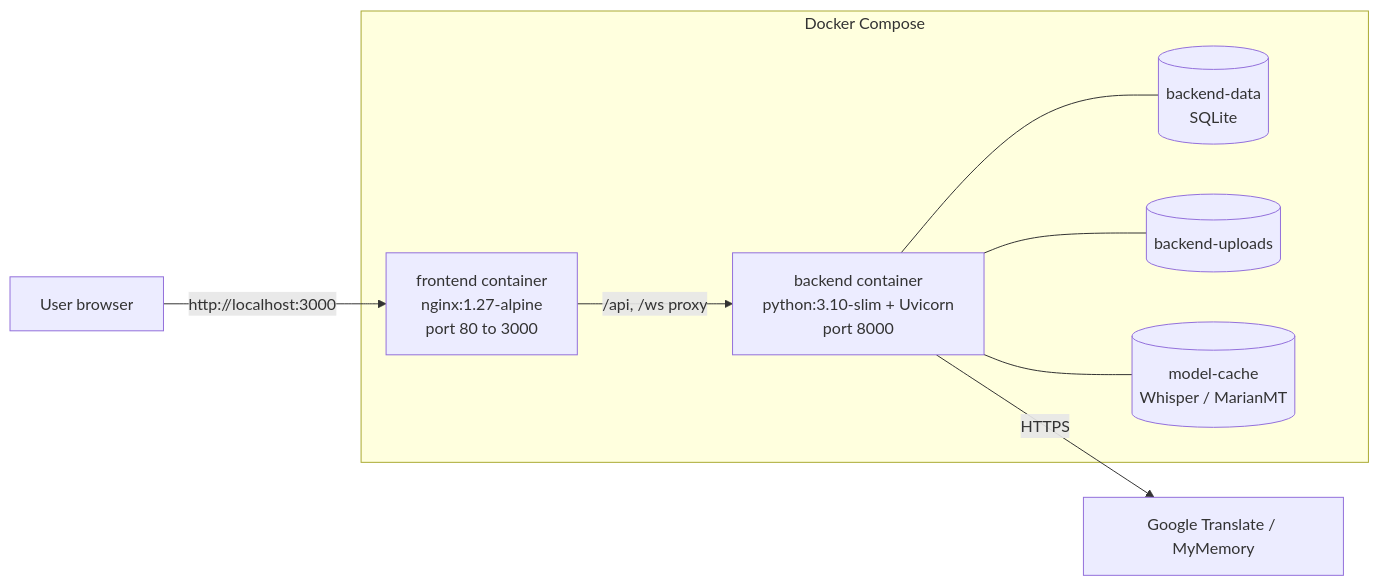
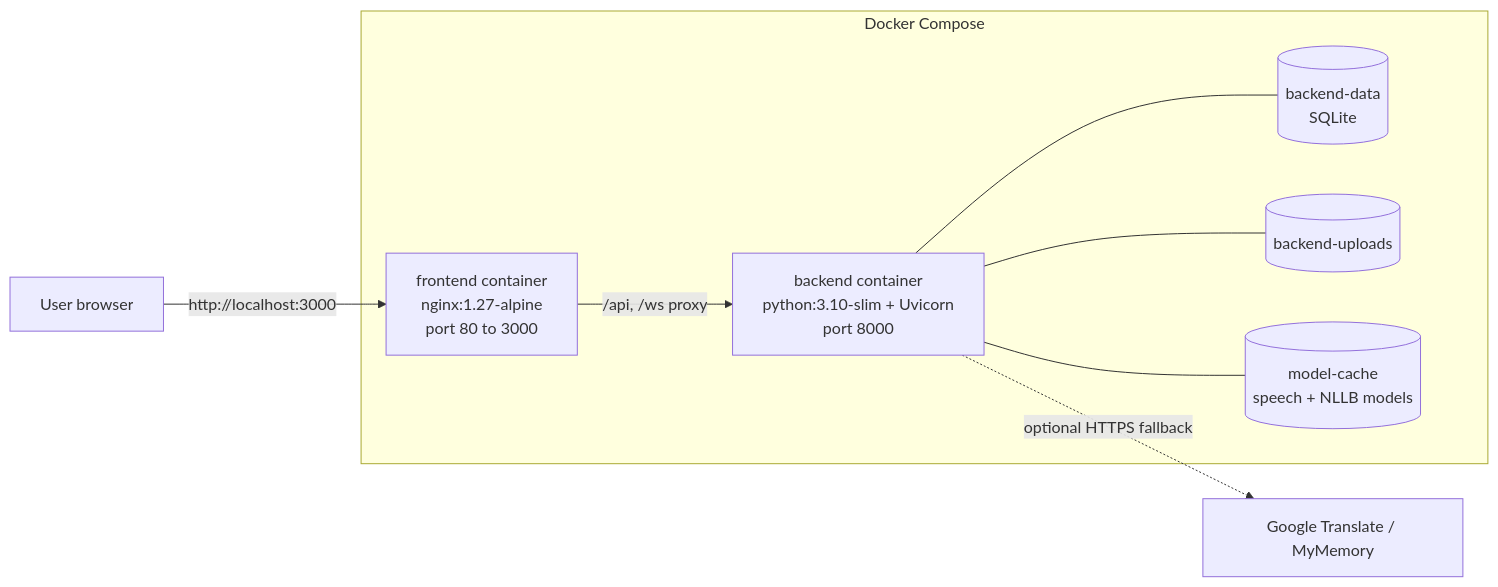
The fourth of 5 diagrams in README.md (waqar3626/EmergencyCallTranslation), drawn with Mermaid before and after one commit. The commit also changed other lines of this file and 11 other files, not shown here.

````diff
--- a/README.md
+++ b/README.md
@@ -250,16 +254,16 @@
 ```mermaid
 flowchart LR
     U["User browser"] -- "http://localhost:3000" --> F
     subgraph DC["Docker Compose"]
         F["frontend container<br/>nginx:1.27-alpine<br/>port 80 to 3000"]
         B["backend container<br/>python:3.10-slim + Uvicorn<br/>port 8000"]
         V1[("backend-data<br/>SQLite")]
         V2[("backend-uploads")]
-        V3[("model-cache<br/>Whisper / MarianMT")]
+        V3[("model-cache<br/>speech + NLLB models")]
         F -- "/api, /ws proxy" --> B
         B --- V1
         B --- V2
         B --- V3
     end
-    B -- "HTTPS" --> T["Google Translate / MyMemory"]
+    B -. "optional HTTPS fallback" .-> T["Google Translate / MyMemory"]
 ```
````
